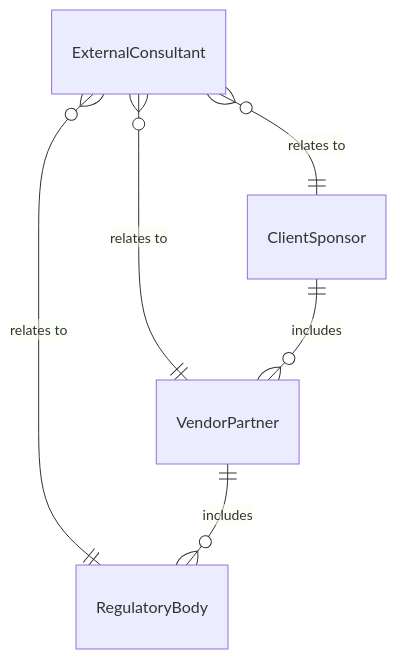
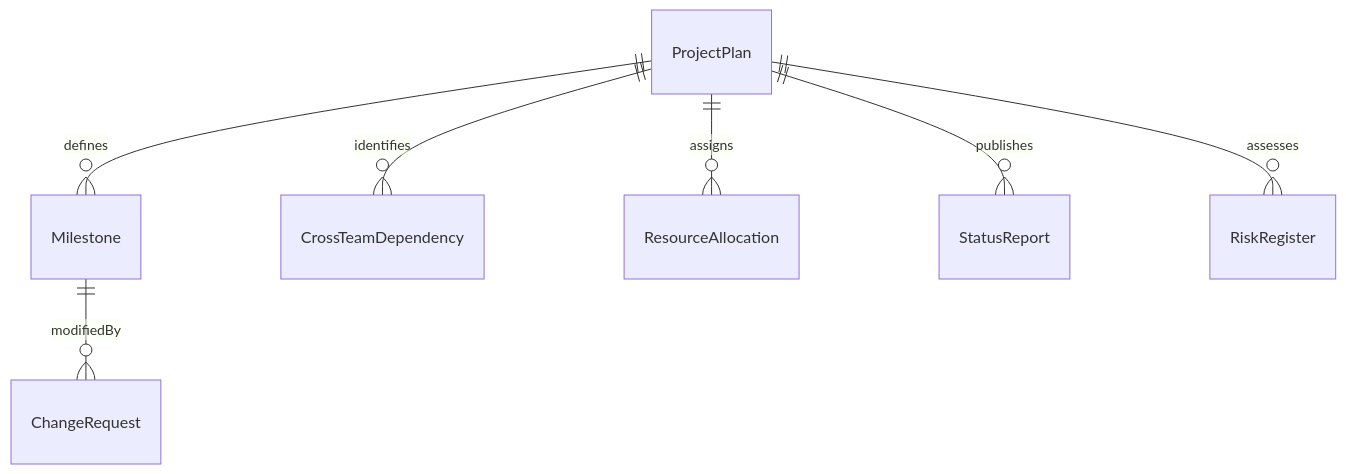
One commit to dot-org-ai/tasks.org.ai changed the first of 4 diagrams in GuidingDirectingAndMotivatingSubordinates/DirectOrganizationalOperationsActivitiesOrProcedures/CoordinateProjectActivitiesPersonnelDepartments.mdx. Above: the diagram before and after it, drawn with Mermaid. The commit also changed other lines of this file and 515 other files, not shown here.

````diff
--- a/GuidingDirectingAndMotivatingSubordinates/DirectOrganizationalOperationsActivitiesOrProcedures/CoordinateProjectActivitiesPersonnelDepartments.mdx
+++ b/GuidingDirectingAndMotivatingSubordinates/DirectOrganizationalOperationsActivitiesOrProcedures/CoordinateProjectActivitiesPersonnelDepartments.mdx
@@ -90,8 +90,9 @@
 ```mermaid
 erDiagram
-    ExternalConsultant }o--|| ClientSponsor : "relates to"
-    ExternalConsultant }o--|| VendorPartner : "relates to"
-    ExternalConsultant }o--|| RegulatoryBody : "relates to"
-    ClientSponsor ||--o{ VendorPartner : includes
-    VendorPartner ||--o{ RegulatoryBody : includes
+    ProjectPlan ||--o{ Milestone : defines
+    ProjectPlan ||--o{ CrossTeamDependency : identifies
+    ProjectPlan ||--o{ ResourceAllocation : assigns
+    ProjectPlan ||--o{ StatusReport : publishes
+    ProjectPlan ||--o{ RiskRegister : assesses
+    Milestone ||--o{ ChangeRequest : modifiedBy
 ```
````
